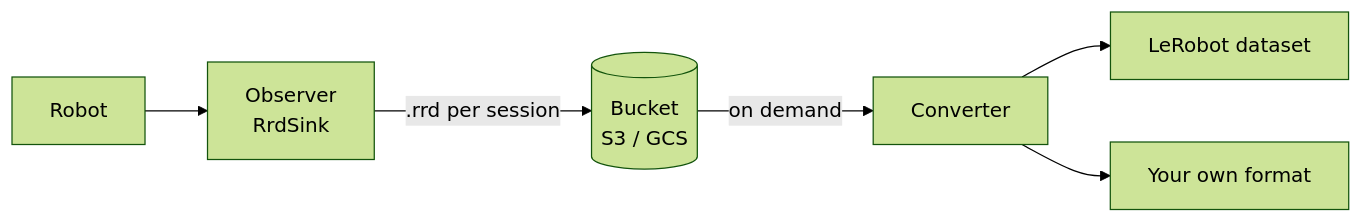
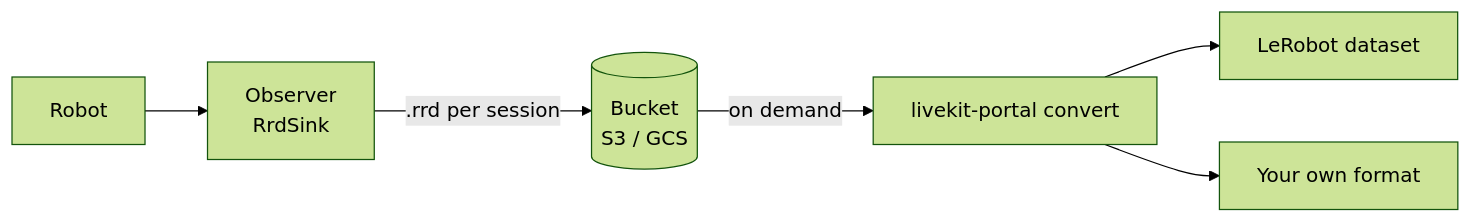
The diagram in docs/03-data-recording.md (livekit/portal), drawn with Mermaid (forest theme) before and after one commit. The commit also changed other lines of this file and 11 other files, not shown here.

First line of the commit message:
feat: livekit-portal convert, .rrd recordings to LeRobot v3 (#171)

````diff
--- a/docs/03-data-recording.md
+++ b/docs/03-data-recording.md
@@ -314,8 +315,8 @@
 ```mermaid
 flowchart LR
     R[Robot] --> O[Observer<br/>RrdSink]
     O -->|.rrd per session| B[(Bucket<br/>S3 / GCS)]
-    B -->|on demand| C[Converter]
+    B -->|on demand| C[livekit-portal convert]
     C --> D1[LeRobot dataset]
     C --> D2[Your own format]
 ```
````
